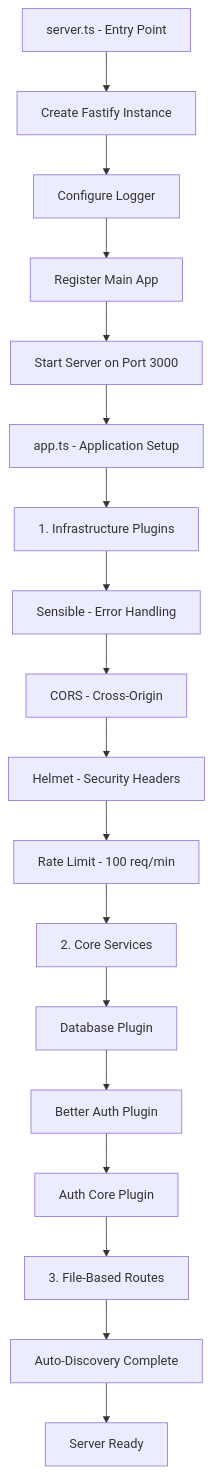
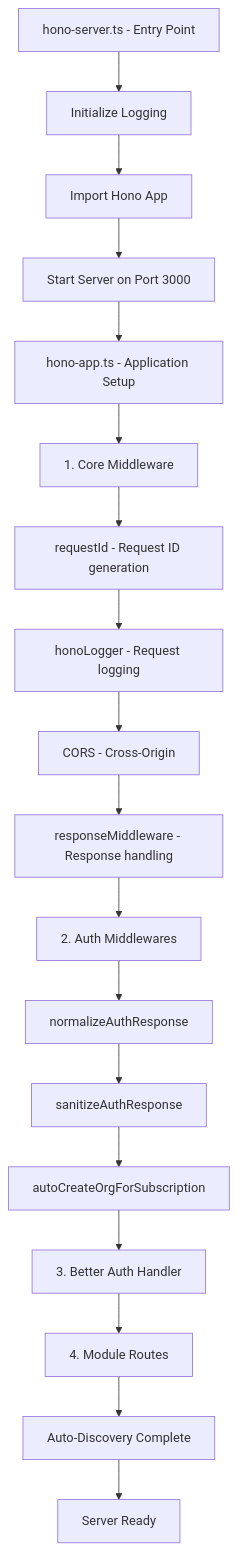
The first of 24 diagrams in README.md (Blawby/blawby-backend), drawn with Mermaid before and after one commit. The commit also changed other lines of this file and 8 other files, not shown here.

Commit message:
refactor: Update documentation and middleware for Hono integration

````diff
--- a/README.md
+++ b/README.md
@@ -116,23 +126,23 @@
 ```mermaid
 graph TD
-    A[server.ts - Entry Point] --> B[Create Fastify Instance]
-    B --> C[Configure Logger]
-    C --> D[Register Main App]
-    D --> E[Start Server on Port 3000]
+    A[hono-server.ts - Entry Point] --> B[Initialize Logging]
+    B --> C[Import Hono App]
+    C --> D[Start Server on Port 3000]
 
-    E --> F[app.ts - Application Setup]
-    F --> G[1. Infrastructure Plugins]
-    G --> H[Sensible - Error Handling]
+    D --> E[hono-app.ts - Application Setup]
+    E --> F[1. Core Middleware]
+    F --> G[requestId - Request ID generation]
+    G --> H[honoLogger - Request logging]
     H --> I[CORS - Cross-Origin]
-    I --> J[Helmet - Security Headers]
-    J --> K[Rate Limit - 100 req/min]
+    I --> J[responseMiddleware - Response handling]
 
-    K --> L[2. Core Services]
-    L --> M[Database Plugin]
-    M --> N[Better Auth Plugin]
-    N --> O[Auth Core Plugin]
+    J --> K[2. Auth Middlewares]
+    K --> L[normalizeAuthResponse]
+    L --> M[sanitizeAuthResponse]
+    M --> N[autoCreateOrgForSubscription]
 
-    O --> P[3. File-Based Routes]
+    N --> O[3. Better Auth Handler]
+    O --> P[4. Module Routes]
     P --> Q[Auto-Discovery Complete]
     Q --> R[Server Ready]
 ```
````
